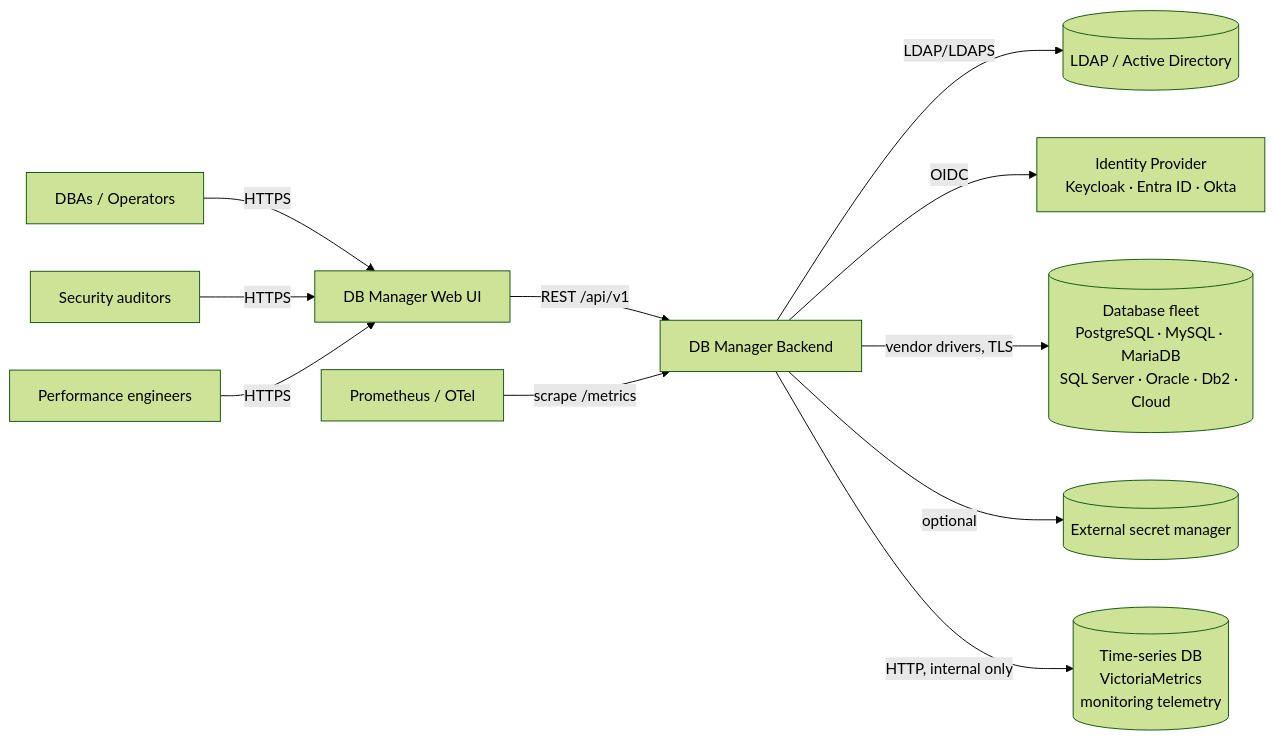
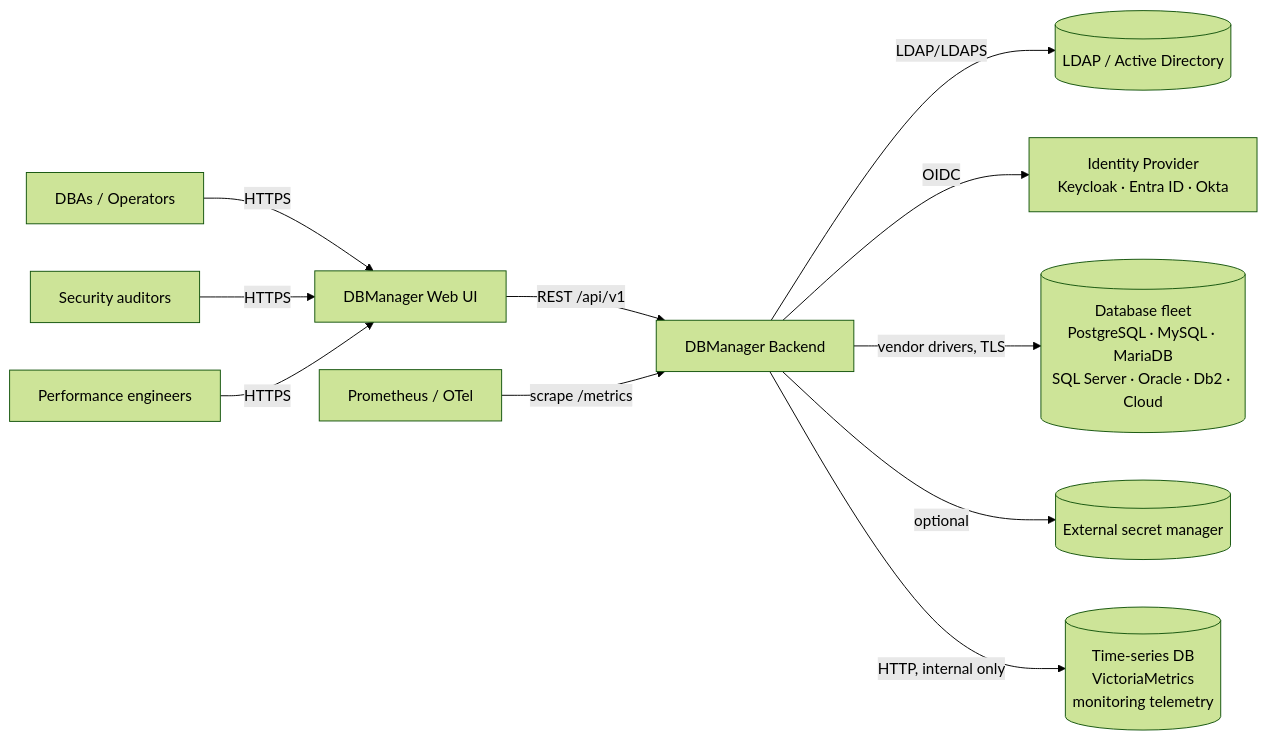
One commit to hbenabdalla/dbmanager changed the first of 10 diagrams in docs/architecture/design-document.md. Above: the diagram before and after it, drawn with Mermaid (forest theme). The commit also changed other lines of this file and 227 other files, not shown here.

````diff
--- a/docs/architecture/design-document.md
+++ b/docs/architecture/design-document.md
@@ -69,13 +69,13 @@
 ```mermaid
 flowchart LR
-    DBA[DBAs / Operators] -->|HTTPS| UI[DB Manager Web UI]
+    DBA[DBAs / Operators] -->|HTTPS| UI[DBManager Web UI]
     SEC[Security auditors] -->|HTTPS| UI
     PERF[Performance engineers] -->|HTTPS| UI
-    UI -->|REST /api/v1| BE[DB Manager Backend]
+    UI -->|REST /api/v1| BE[DBManager Backend]
     BE -->|LDAP/LDAPS| AD[(LDAP / Active Directory)]
     BE -->|OIDC| IDP[Identity Provider<br/>Keycloak · Entra ID · Okta]
     BE -->|vendor drivers, TLS| FLEET[(Database fleet<br/>PostgreSQL · MySQL · MariaDB<br/>SQL Server · Oracle · Db2 · Cloud)]
     BE -->|optional| VAULT[(External secret manager)]
     BE -->|HTTP, internal only| TS[(Time-series DB<br/>VictoriaMetrics<br/>monitoring telemetry)]
     PROM[Prometheus / OTel] -->|scrape /metrics| BE
 ```
````
